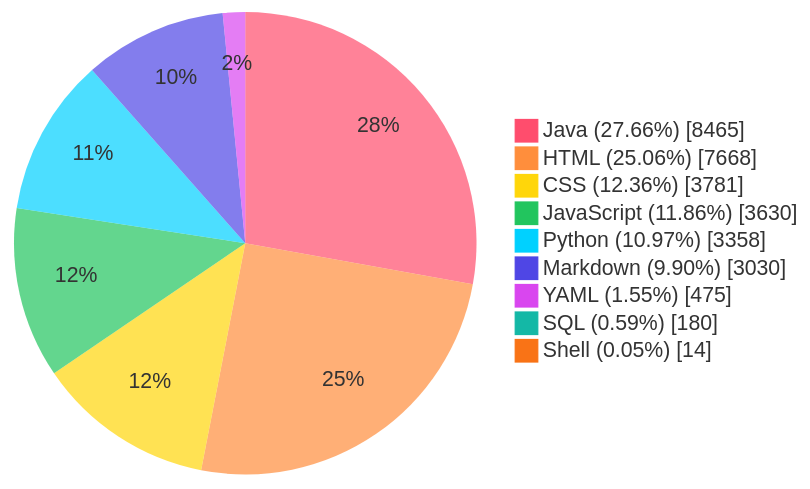
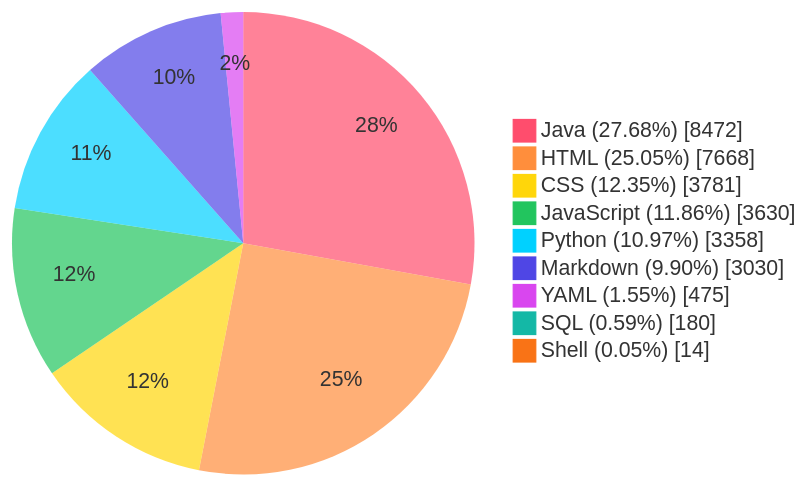
One commit to TheBadRoger/BUCT-Teaching-Aids changed the diagram in README.md. Above: the diagram before and after it, drawn with Mermaid. The commit also changed other lines of this file and 71 other files, not shown here.

````diff
--- a/README.md
+++ b/README.md
@@ -40,28 +40,28 @@
 ```mermaid
 %%{init: {'theme':'base','themeVariables': {
   'fontFamily': 'Fira Code, JetBrains Mono, Source Code Pro, Cascadia Code, Menlo, Consolas, monospace',
   'pieStrokeColor': 'transparent',
   'pieStrokeWidth': '0px',
   'pieOuterStrokeWidth': '0px',
   'pie1': '#FF4D6D',
   'pie2': '#FF8E3C',
   'pie3': '#FFD60A',
   'pie4': '#22C55E',
   'pie5': '#00D1FF',
   'pie6': '#4F46E5',
   'pie7': '#D946EF',
   'pie8': '#14B8A6',
   'pie9': '#F97316',
   'pie10': '#A855F7'
 }}}%%
 pie showData
-    "Java (27.66%)" : 8465
-    "HTML (25.06%)" : 7668
-    "CSS (12.36%)" : 3781
+    "Java (27.68%)" : 8472
+    "HTML (25.05%)" : 7668
+    "CSS (12.35%)" : 3781
     "JavaScript (11.86%)" : 3630
     "Python (10.97%)" : 3358
     "Markdown (9.90%)" : 3030
     "YAML (1.55%)" : 475
     "SQL (0.59%)" : 180
     "Shell (0.05%)" : 14
 ```
````
